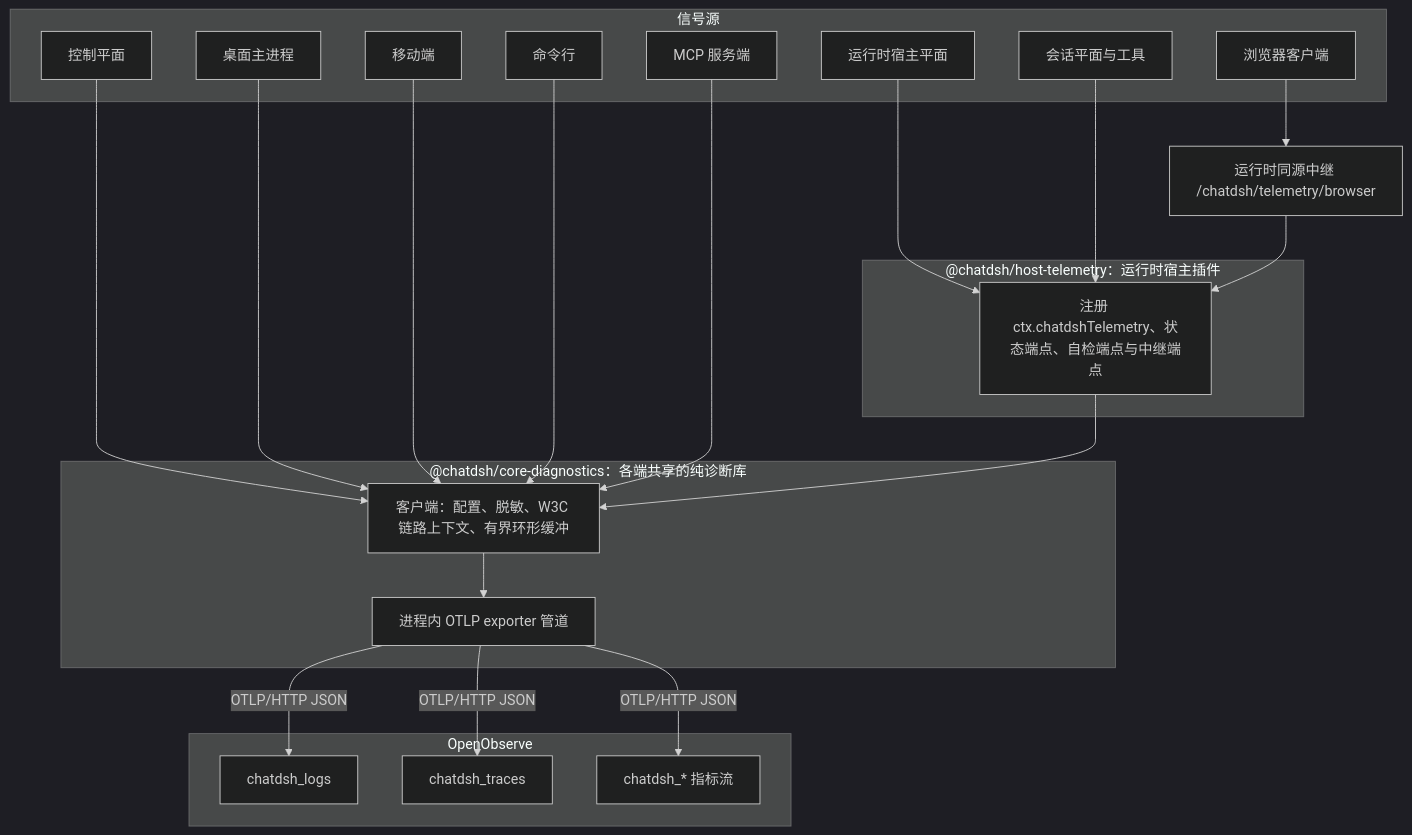
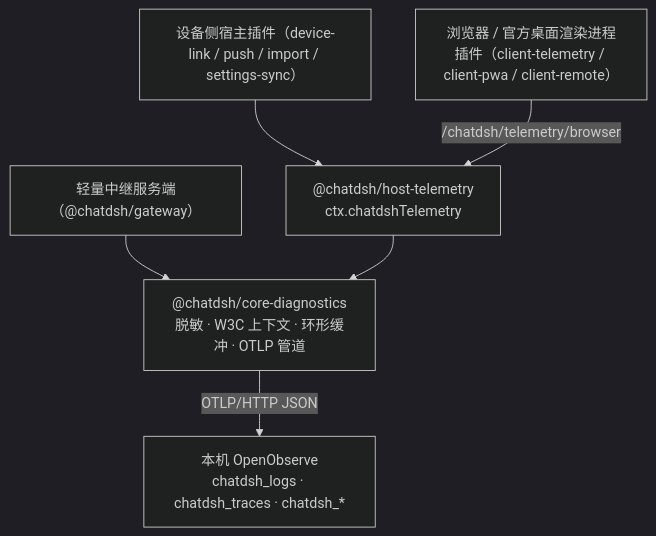
One commit to wenzetan/chatdsh changed the diagram in runtime/docs/telemetry.md. Above: the diagram before and after it, drawn with Mermaid (dark theme). The commit also changed other lines of this file and 1777 other files, not shown here.

````diff
--- a/runtime/docs/telemetry.md
+++ b/runtime/docs/telemetry.md
@@ -41,39 +23,8 @@
 ```mermaid
 flowchart TB
-  subgraph S[信号源]
-    GW[控制平面]
-    RT[运行时宿主平面]
-    SP[会话平面与工具]
-    BR[浏览器客户端]
-    DK[桌面主进程]
-    MB[移动端]
-    CL[命令行]
-    MC[MCP 服务端]
-  end
-  subgraph D["@chatdsh/core-diagnostics：各端共享的纯诊断库"]
-    CLIENT["客户端：配置、脱敏、W3C 链路上下文、有界环形缓冲"]
-    N1[进程内 OTLP exporter 管道]
-    CLIENT --> N1
-  end
-  subgraph H["@chatdsh/host-telemetry：运行时宿主插件"]
-    REG[注册 ctx.chatdshTelemetry、状态端点、自检端点与中继端点]
-  end
-  RELAY[运行时同源中继 /chatdsh/telemetry/browser]
-  subgraph O[OpenObserve]
-    L[chatdsh_logs]
-    T[chatdsh_traces]
-    M[chatdsh_* 指标流]
-  end
-  GW --> CLIENT
-  RT --> REG
-  SP --> REG
-  DK --> CLIENT
-  MB --> CLIENT
-  CL --> CLIENT
-  MC --> CLIENT
-  REG --> CLIENT
-  BR --> RELAY --> REG
-  N1 -->|OTLP/HTTP JSON| L
-  N1 -->|OTLP/HTTP JSON| T
-  N1 -->|OTLP/HTTP JSON| M
+  GW["轻量中继服务端（@chatdsh/gateway）"] --> DIAG["@chatdsh/core-diagnostics<br/>脱敏 · W3C 上下文 · 环形缓冲 · OTLP 管道"]
+  HOST["设备侧宿主插件（device-link / push / import / settings-sync）"] --> HT["@chatdsh/host-telemetry<br/>ctx.chatdshTelemetry"]
+  BR["浏览器 / 官方桌面渲染进程插件（client-telemetry / client-pwa / client-remote）"] -->|"/chatdsh/telemetry/browser"| HT
+  HT --> DIAG
+  DIAG -->|"OTLP/HTTP JSON"| OO["本机 OpenObserve<br/>chatdsh_logs · chatdsh_traces · chatdsh_*"]
 ```
````
